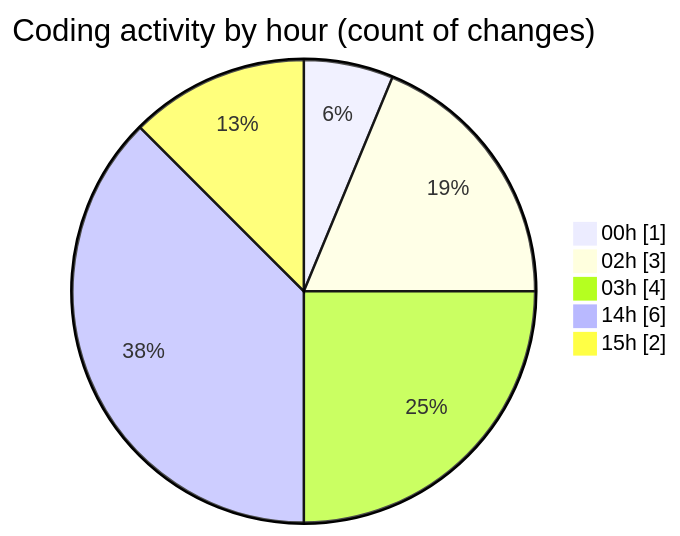
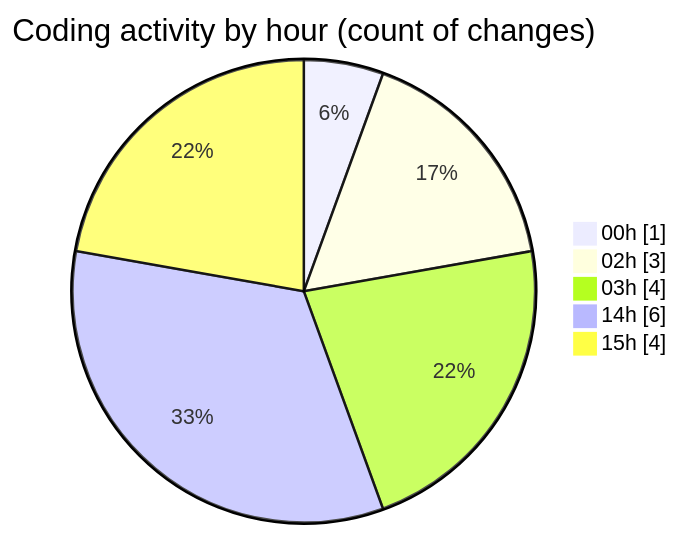
One commit to donsfak/code-tracking changed the second of 2 diagrams in 2025-02-19/uber_clone/README.md. Above: the diagram before and after it, drawn with Mermaid. The commit also changed other lines of this file and 1 other file, not shown here.

````diff
--- a/2025-02-19/uber_clone/README.md
+++ b/2025-02-19/uber_clone/README.md
@@ -41,9 +41,9 @@
 ```mermaid
 pie showData
 title Coding activity by hour (count of changes)
 "00h" : 1
 "02h" : 3
 "03h" : 4
 "14h" : 6
-"15h" : 2
+"15h" : 4
 ```
````
